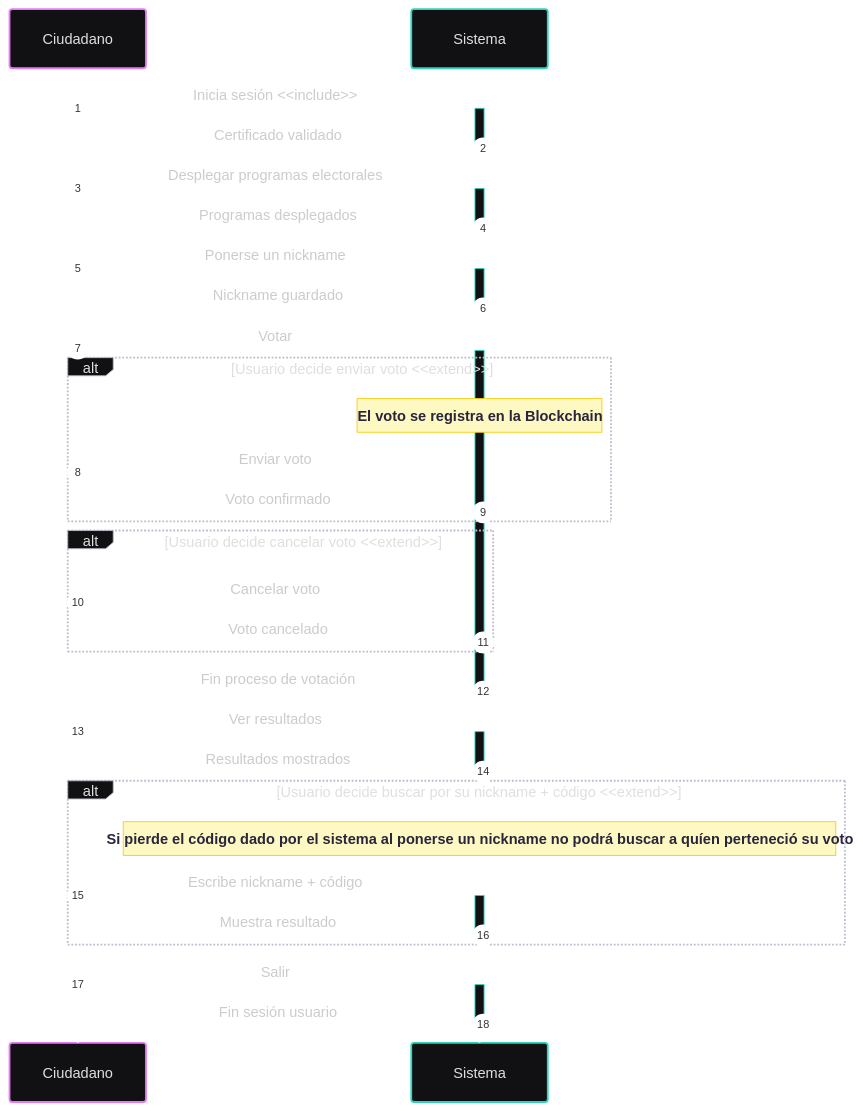
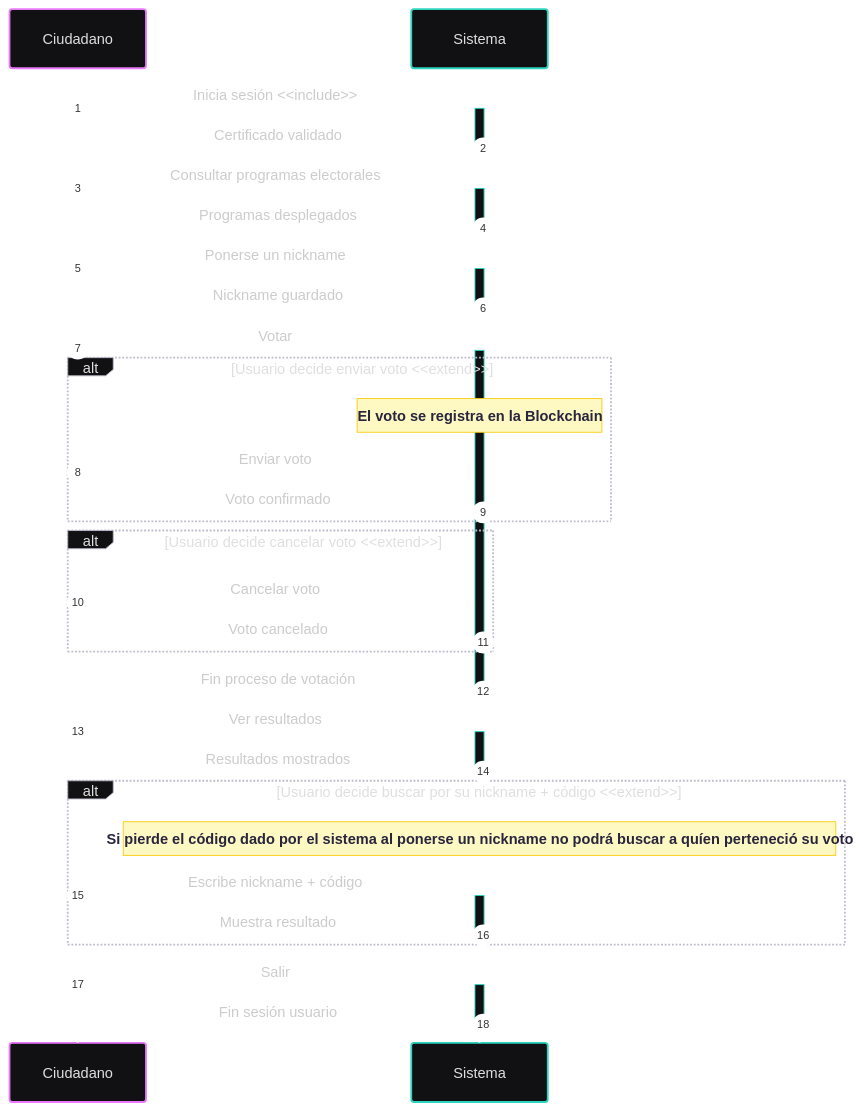
Before and after one commit to OnyxVariables/AGORA: the second of 3 diagrams in docs/Diagrama_Secuencia.md, drawn with Mermaid. The commit also changed other lines of this file and 5 other files, not shown here.

Commit message:
Replace Desplegar to Consultar and update svg's architecture

````diff
--- a/docs/Diagrama_Secuencia.md
+++ b/docs/Diagrama_Secuencia.md
@@ -129,45 +129,45 @@
 ```mermaid
 ---
 config:
   theme: redux-dark-color
 ---
 sequenceDiagram
     autonumber
 
     %% Flujo Ciudadano
     Ciudadano->>+Sistema: Inicia sesión <<include>>
     Sistema-->>-Ciudadano: Certificado validado
 
-    Ciudadano->>+Sistema: Desplegar programas electorales
+    Ciudadano->>+Sistema: Consultar programas electorales
     Sistema-->>-Ciudadano: Programas desplegados
 
     Ciudadano->>+Sistema: Ponerse un nickname
     Sistema-->>-Ciudadano: Nickname guardado
 
     Ciudadano->>+Sistema: Votar
 
     alt Usuario decide enviar voto <<extend>>
         Note over Sistema: El voto se registra en la Blockchain
         Ciudadano->>Sistema: Enviar voto
         Sistema-->>Ciudadano: Voto confirmado
     end
 
     alt Usuario decide cancelar voto <<extend>>
         Ciudadano->>Sistema: Cancelar voto
         Sistema-->>Ciudadano: Voto cancelado
     end
 
     Sistema-->>-Ciudadano: Fin proceso de votación
 
     Ciudadano->>+Sistema: Ver resultados
     Sistema-->>-Ciudadano: Resultados mostrados
 
     alt Usuario decide buscar por su nickname + código <<extend>>
         Note over Sistema: Si pierde el código dado por el sistema al ponerse un nickname no podrá buscar a quíen perteneció su voto
         Ciudadano->>+Sistema: Escribe nickname + código
         Sistema-->>-Ciudadano: Muestra resultado
     end
 
     Ciudadano->>+Sistema: Salir
     Sistema-->>-Ciudadano: Fin sesión usuario
 ```
````
